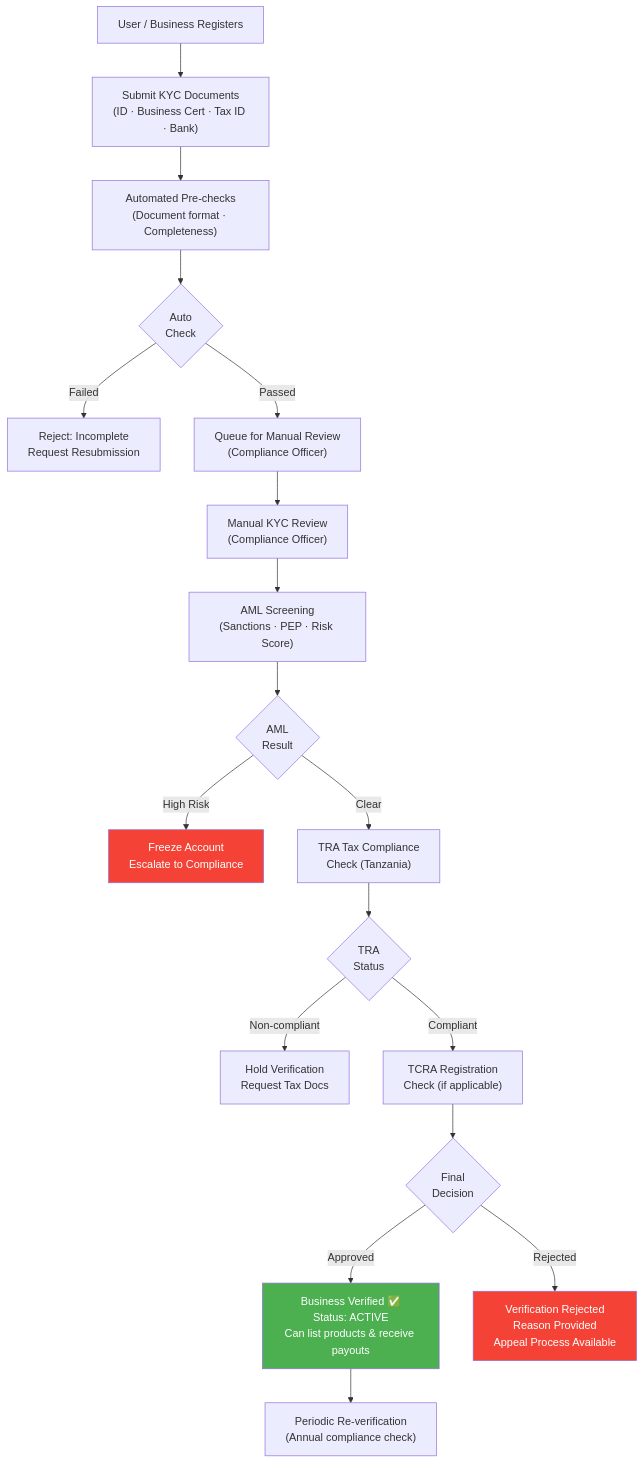
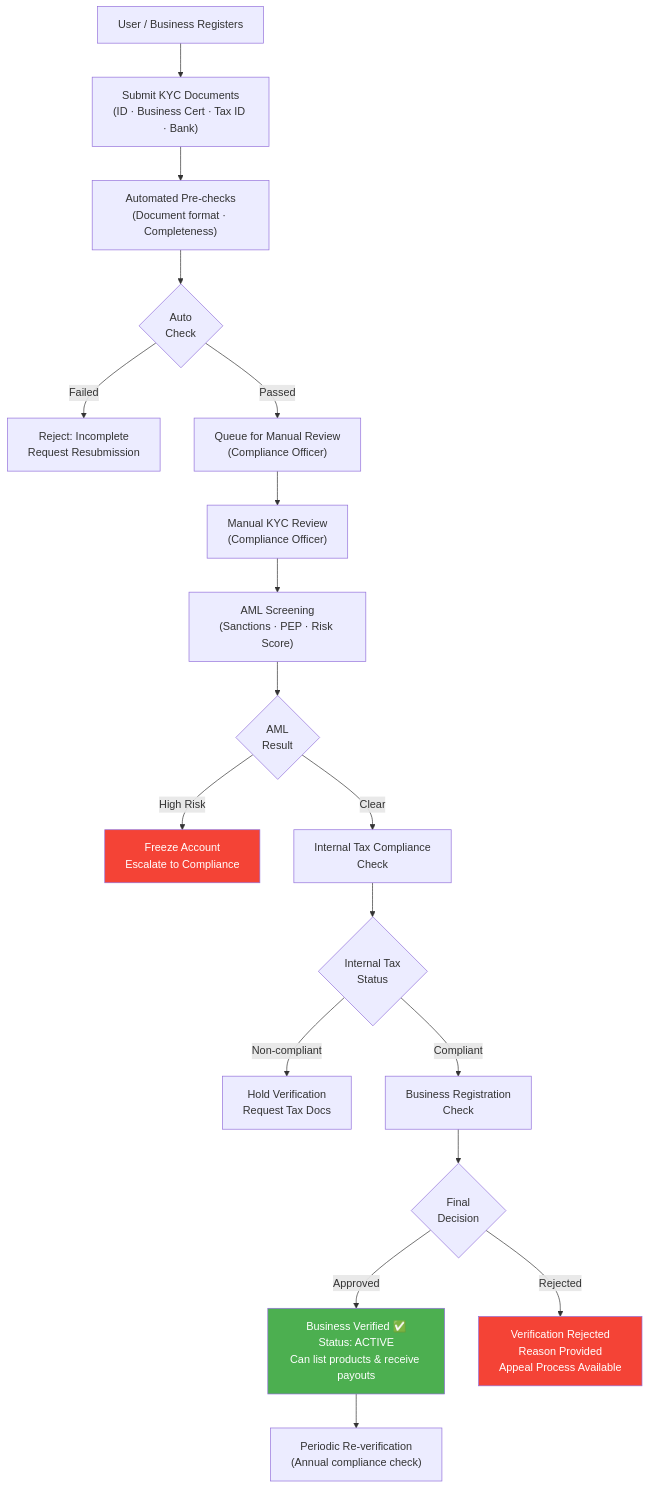
The first of 5 diagrams in docs/trust/trust-compliance-diagrams.md (maysar-014/maysar-express-backend), drawn with Mermaid before and after one commit. The commit also changed other lines of this file and 317 other files, not shown here.

````diff
--- a/docs/trust/trust-compliance-diagrams.md
+++ b/docs/trust/trust-compliance-diagrams.md
@@ -9,29 +9,29 @@
 ```mermaid
 flowchart TD
     REGISTER["User / Business Registers"] --> SUBMIT_DOCS["Submit KYC Documents\n(ID · Business Cert · Tax ID · Bank)"]
 
     SUBMIT_DOCS --> AUTO_CHECK["Automated Pre-checks\n(Document format · Completeness)"]
     AUTO_CHECK --> AUTO_RESULT{Auto\nCheck}
     AUTO_RESULT -->|Failed| REJECT_AUTO["Reject: Incomplete\nRequest Resubmission"]
     AUTO_RESULT -->|Passed| QUEUE["Queue for Manual Review\n(Compliance Officer)"]
 
     QUEUE --> MANUAL_REVIEW["Manual KYC Review\n(Compliance Officer)"]
     MANUAL_REVIEW --> AML_CHECK["AML Screening\n(Sanctions · PEP · Risk Score)"]
     AML_CHECK --> AML_RESULT{AML\nResult}
     AML_RESULT -->|High Risk| FREEZE["Freeze Account\nEscalate to Compliance"]
-    AML_RESULT -->|Clear| TRA_CHECK["TRA Tax Compliance\nCheck (Tanzania)"]
+    AML_RESULT -->|Clear| INTERNAL_TAX_CHECK["Internal Tax Compliance\nCheck"]
 
-    TRA_CHECK --> TRA_RESULT{TRA\nStatus}
-    TRA_RESULT -->|Non-compliant| HOLD["Hold Verification\nRequest Tax Docs"]
-    TRA_RESULT -->|Compliant| TCRA_CHECK["TCRA Registration\nCheck (if applicable)"]
+    INTERNAL_TAX_CHECK --> INTERNAL_TAX_RESULT{Internal Tax\nStatus}
+    INTERNAL_TAX_RESULT -->|Non-compliant| HOLD["Hold Verification\nRequest Tax Docs"]
+    INTERNAL_TAX_RESULT -->|Compliant| BUSINESS_REG_CHECK["Business Registration\nCheck"]
 
-    TCRA_CHECK --> FINAL_DECISION{Final\nDecision}
+    BUSINESS_REG_CHECK --> FINAL_DECISION{Final\nDecision}
     FINAL_DECISION -->|Approved| VERIFIED["Business Verified ✅\nStatus: ACTIVE\nCan list products & receive payouts"]
     FINAL_DECISION -->|Rejected| REJECTED["Verification Rejected\nReason Provided\nAppeal Process Available"]
 
     VERIFIED --> PERIODIC["Periodic Re-verification\n(Annual compliance check)"]
 
     style VERIFIED fill:#4CAF50,color:#fff
     style REJECTED fill:#F44336,color:#fff
     style FREEZE fill:#F44336,color:#fff
 ```
````
